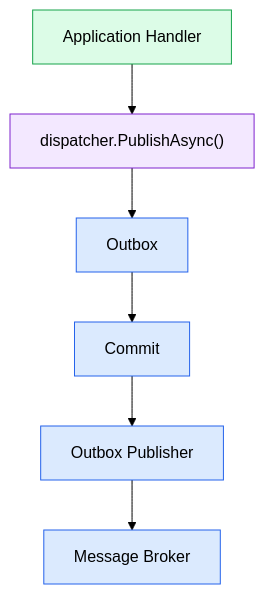
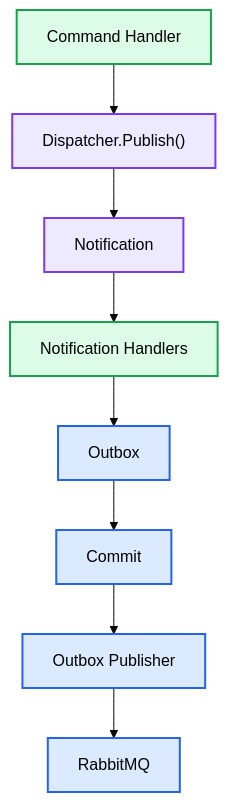
The second of 2 diagrams in docs/adr/008-transaction-boundary.md (soufiane-rizk/Jobwize), drawn with Mermaid (forest theme) before and after one commit. The commit also changed other lines of this file and 9 other files, not shown here.

Commit message:
docs(adr): introduce custom module runtime and execution model architecture

````diff
--- a/docs/adr/008-transaction-boundary.md
+++ b/docs/adr/008-transaction-boundary.md
@@ -94,29 +108,35 @@
 ```mermaid
 flowchart TD
 
-    Handler["Application Handler"]
+    Handler["Command Handler"]
 
-    Event["dispatcher.PublishAsync()"]
+    Publish["Dispatcher.Publish()"]
+
+    Notifications["Notification"]
+
+    NotificationHandlers["Notification Handlers"]
 
     Outbox["Outbox"]
 
     Commit["Commit"]
 
     Publisher["Outbox Publisher"]
 
-    Broker["Message Broker"]
+    Broker["RabbitMQ"]
 
-    Handler --> Event
-    Event --> Outbox
+    Handler --> Publish
+    Publish --> Notifications
+    Notifications --> NotificationHandlers
+    NotificationHandlers --> Outbox
     Outbox --> Commit
     Commit --> Publisher
     Publisher --> Broker
 
-    classDef application fill:#dcfce7,stroke:#16a34a,color:#000;
-    classDef infrastructure fill:#dbeafe,stroke:#2563eb,color:#000;
-    classDef event fill:#f3e8ff,stroke:#7e22ce,color:#000;
+    classDef application fill:#dcfce7,stroke:#16a34a,color:#000,stroke-width:2px;
+    classDef runtime fill:#ede9fe,stroke:#7c3aed,color:#000,stroke-width:2px;
+    classDef infrastructure fill:#dbeafe,stroke:#2563eb,color:#000,stroke-width:2px;
 
-    class Handler application;
-    class Event event;
+    class Handler,NotificationHandlers application;
+    class Publish,Notifications runtime;
     class Outbox,Commit,Publisher,Broker infrastructure;
 ```
````
